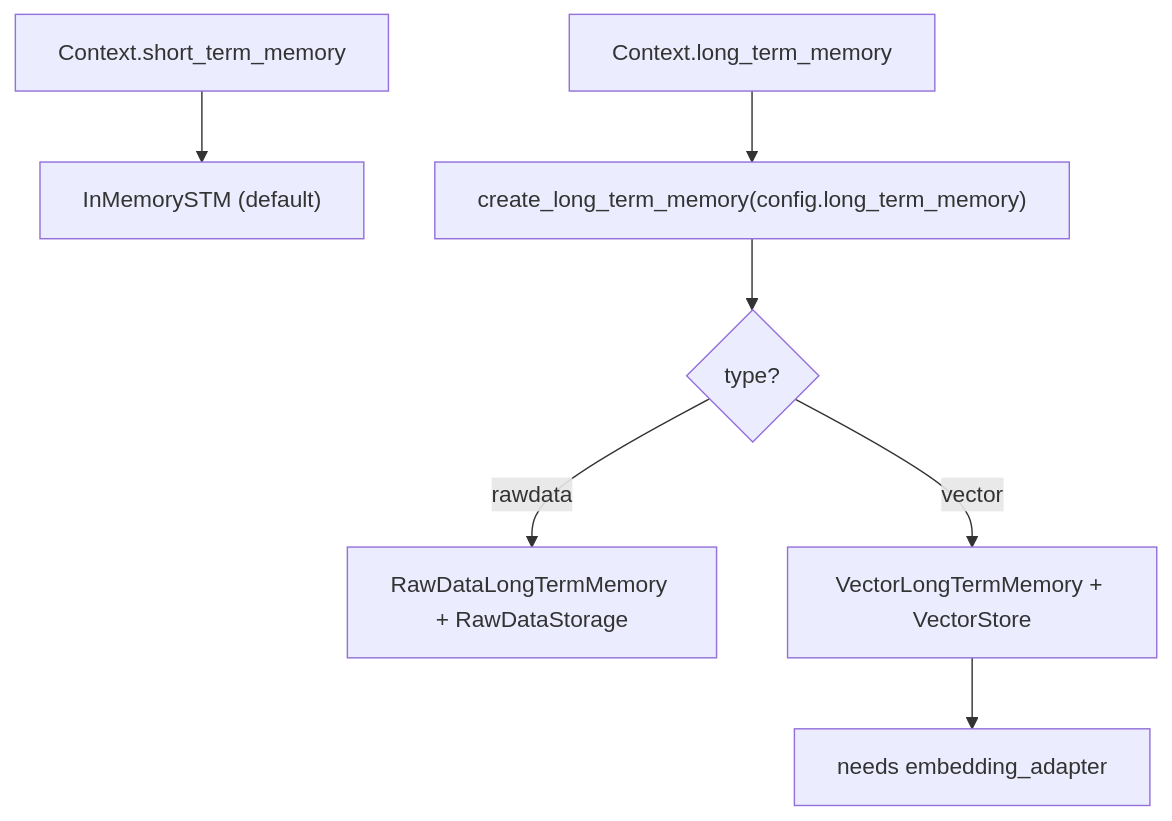
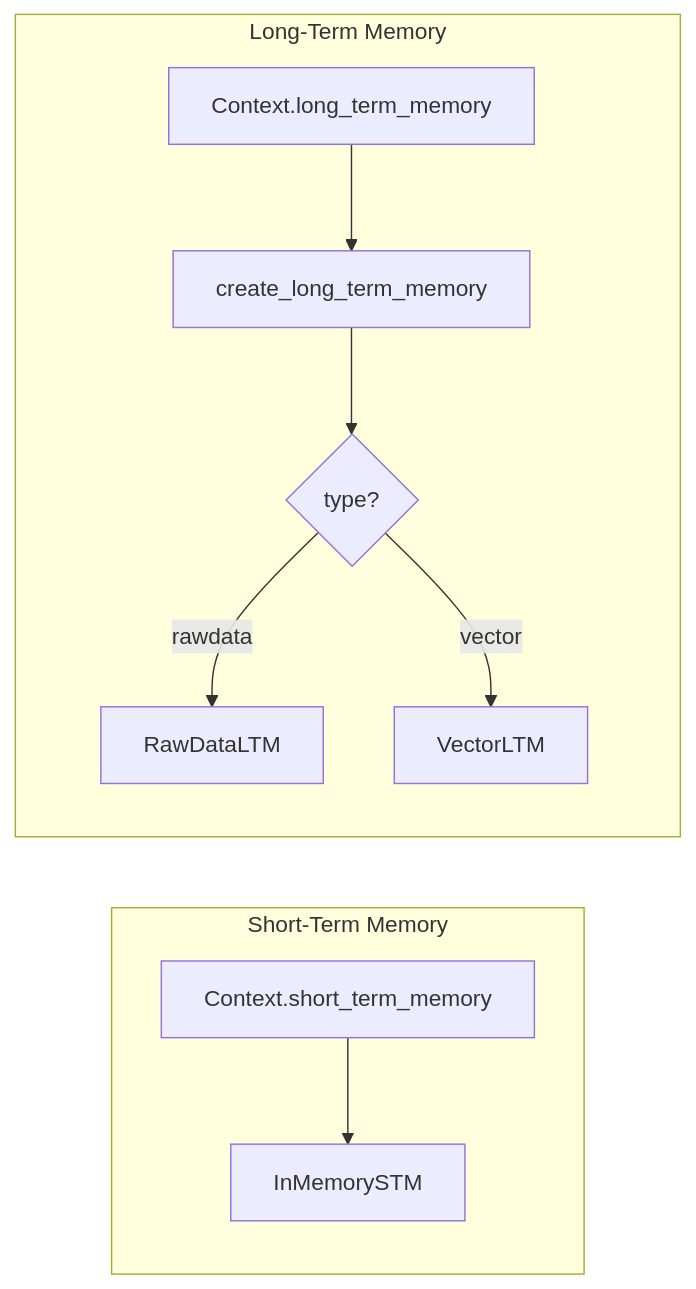
Diagram 11 of 13 in docs/DARE_FRAMEWORK_DESIGN.md (clowder-labs/Deterministic-Agent-Runtime-Engine), drawn with Mermaid before and after one commit. The commit also changed other lines of this file, not shown here.

````diff
--- a/docs/DARE_FRAMEWORK_DESIGN.md
+++ b/docs/DARE_FRAMEWORK_DESIGN.md
@@ -376,9 +407,21 @@
 ```mermaid
-flowchart TD
-  A["Context.short_term_memory"] --> B["InMemorySTM (default)"]
-  A2["Context.long_term_memory"] --> C["create_long_term_memory(config.long_term_memory)"]
-  C --> D{"type?"}
-  D -->|rawdata| E["RawDataLongTermMemory + RawDataStorage"]
-  D -->|vector| F["VectorLongTermMemory + VectorStore"]
-  F --> G["needs embedding_adapter"]
+flowchart LR
+  subgraph STM["Short-Term Memory"]
+    direction TB
+    A["Context.short_term_memory"]
+    B["InMemorySTM"]
+    A --> B
+  end
+
+  subgraph LTM["Long-Term Memory"]
+    direction TB
+    A2["Context.long_term_memory"]
+    C["create_long_term_memory"]
+    D{"type?"}
+    E["RawDataLTM"]
+    F["VectorLTM"]
+    A2 --> C --> D
+    D -->|rawdata| E
+    D -->|vector| F
+  end
 ```
````
